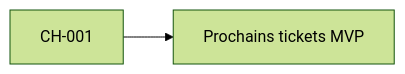
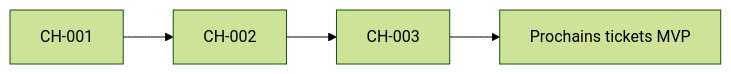
Before and after one commit to JavaChrist/Tai-Chi-AI-Coach: the third of 5 diagrams in docs/runtime/17_CHANGE_HISTORY.md, drawn with Mermaid (forest theme). The commit also changed other lines of this file and 59 other files, not shown here.

````diff
--- a/docs/runtime/17_CHANGE_HISTORY.md
+++ b/docs/runtime/17_CHANGE_HISTORY.md
@@ -68,4 +72,4 @@
 ```mermaid
 flowchart LR
-  Z[CH-001] --> Futur[Prochains tickets MVP]
+  Z[CH-001] --> DS[CH-002] --> Cur[CH-003] --> Futur[Prochains tickets MVP]
 ```
````
